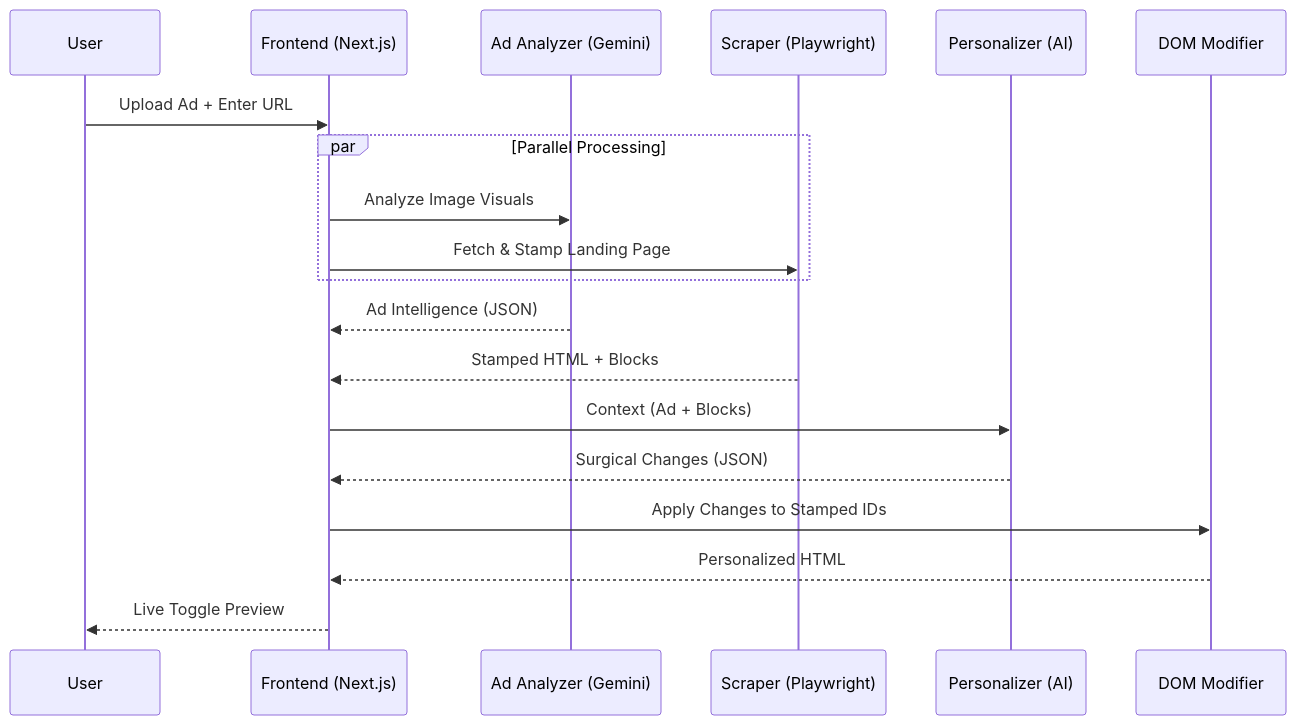
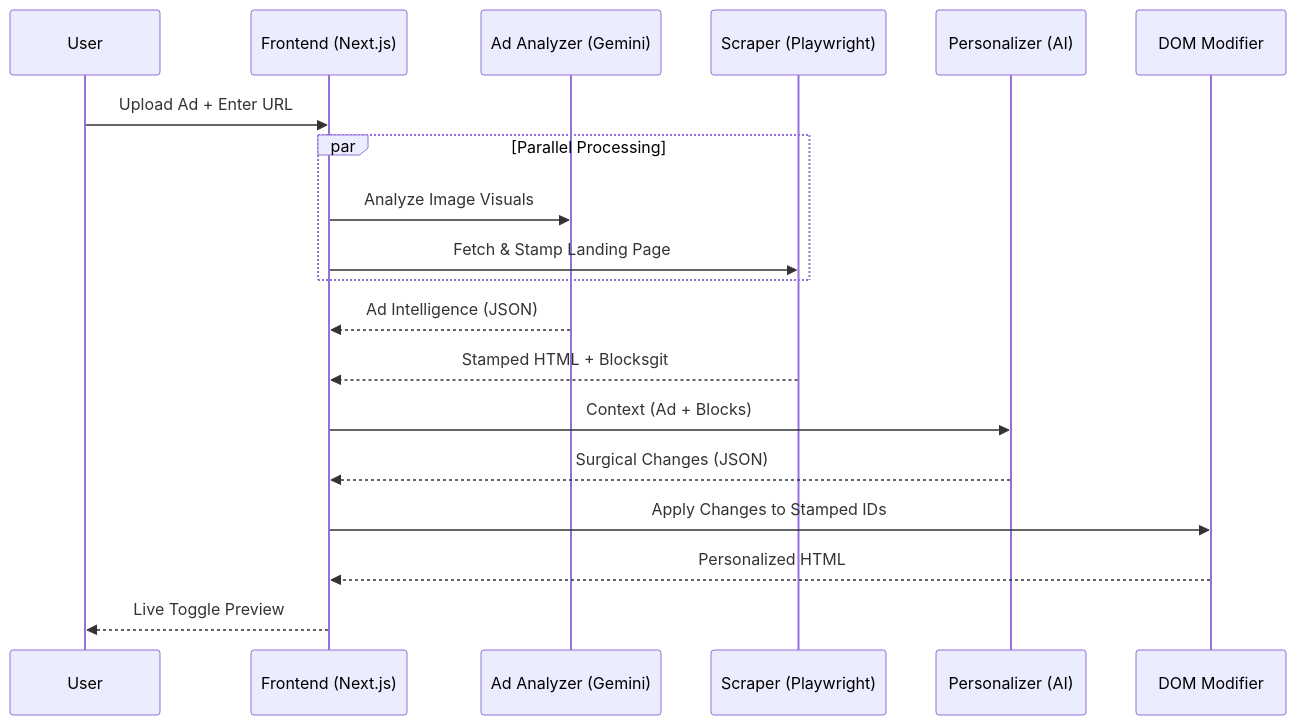
The diagram in README.md (asapSAGNIK/Troopod), drawn with Mermaid before and after one commit. The commit also changed other lines of this file and 1 other file, not shown here.

````diff
--- a/README.md
+++ b/README.md
@@ -52,22 +56,22 @@
 ```mermaid
 sequenceDiagram
     participant U as User
     participant F as Frontend (Next.js)
     participant A as Ad Analyzer (Gemini)
     participant S as Scraper (Playwright)
     participant P as Personalizer (AI)
     participant D as DOM Modifier
 
     U->>F: Upload Ad + Enter URL
     par Parallel Processing
         F->>A: Analyze Image Visuals
         F->>S: Fetch & Stamp Landing Page
     end
     A-->>F: Ad Intelligence (JSON)
-    S-->>F: Stamped HTML + Blocks
+    S-->>F: Stamped HTML + Blocksgit
     F->>P: Context (Ad + Blocks)
     P-->>F: Surgical Changes (JSON)
     F->>D: Apply Changes to Stamped IDs
     D-->>F: Personalized HTML
     F-->>U: Live Toggle Preview
 ```
````
